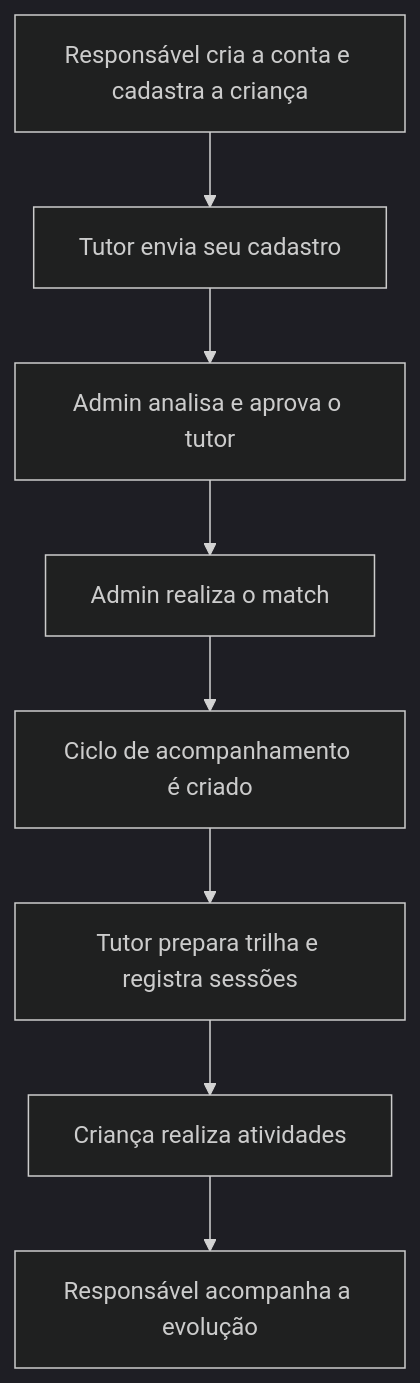
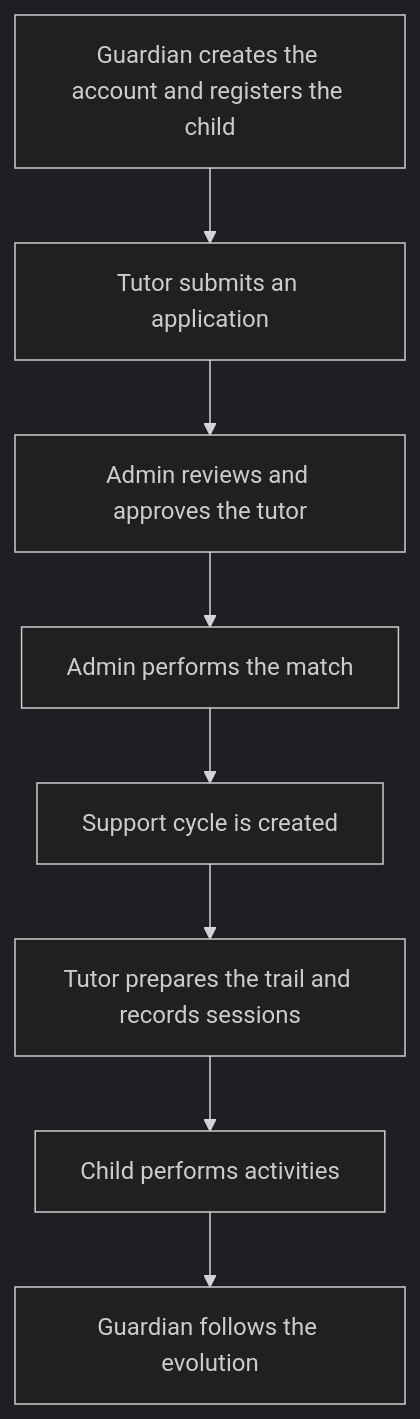
The second of 3 diagrams in docs/ARCHITECTURE.md (Markussdev/CognitaHub), drawn with Mermaid (dark theme) before and after one commit. The commit also changed other lines of this file and 15 other files, not shown here.

````diff
--- a/docs/ARCHITECTURE.md
+++ b/docs/ARCHITECTURE.md
@@ -91,10 +153,10 @@
 ```mermaid
 flowchart TD
-    A[Responsável cria a conta e cadastra a criança] --> B[Tutor envia seu cadastro]
-    B --> C[Admin analisa e aprova o tutor]
-    C --> D[Admin realiza o match]
-    D --> E[Ciclo de acompanhamento é criado]
-    E --> F[Tutor prepara trilha e registra sessões]
-    F --> G[Criança realiza atividades]
-    G --> H[Responsável acompanha a evolução]
+    A[Guardian creates the account and registers the child] --> B[Tutor submits an application]
+    B --> C[Admin reviews and approves the tutor]
+    C --> D[Admin performs the match]
+    D --> E[Support cycle is created]
+    E --> F[Tutor prepares the trail and records sessions]
+    F --> G[Child performs activities]
+    G --> H[Guardian follows the evolution]
 ```
````
